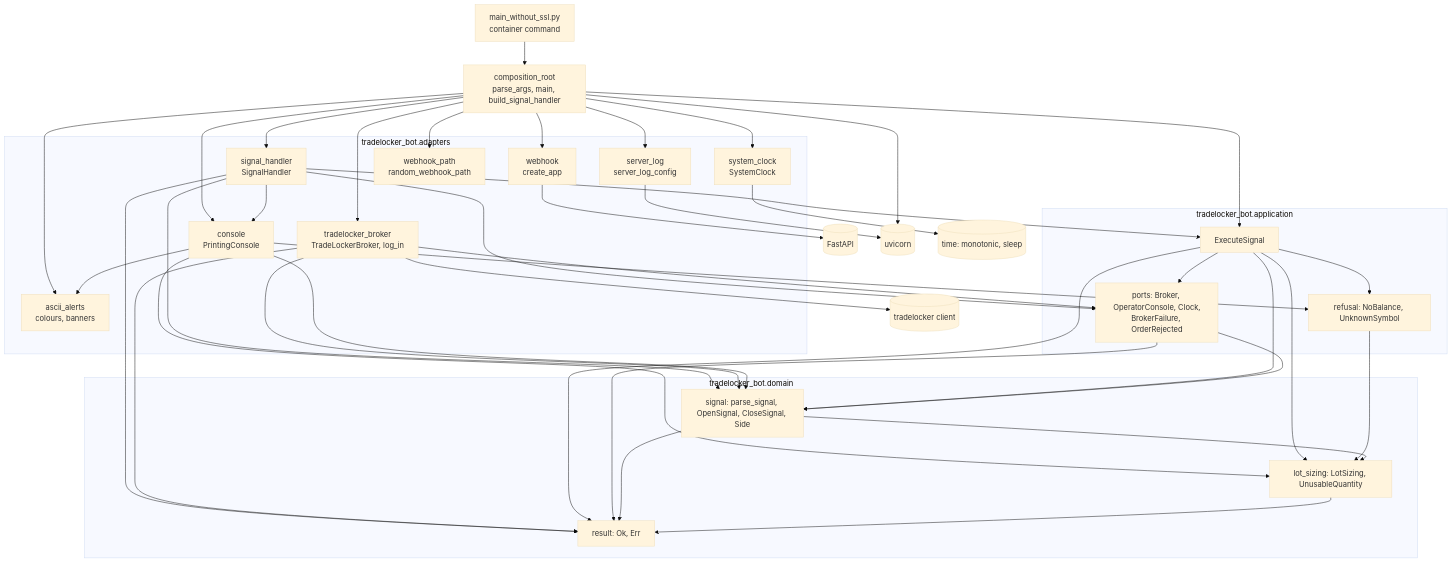
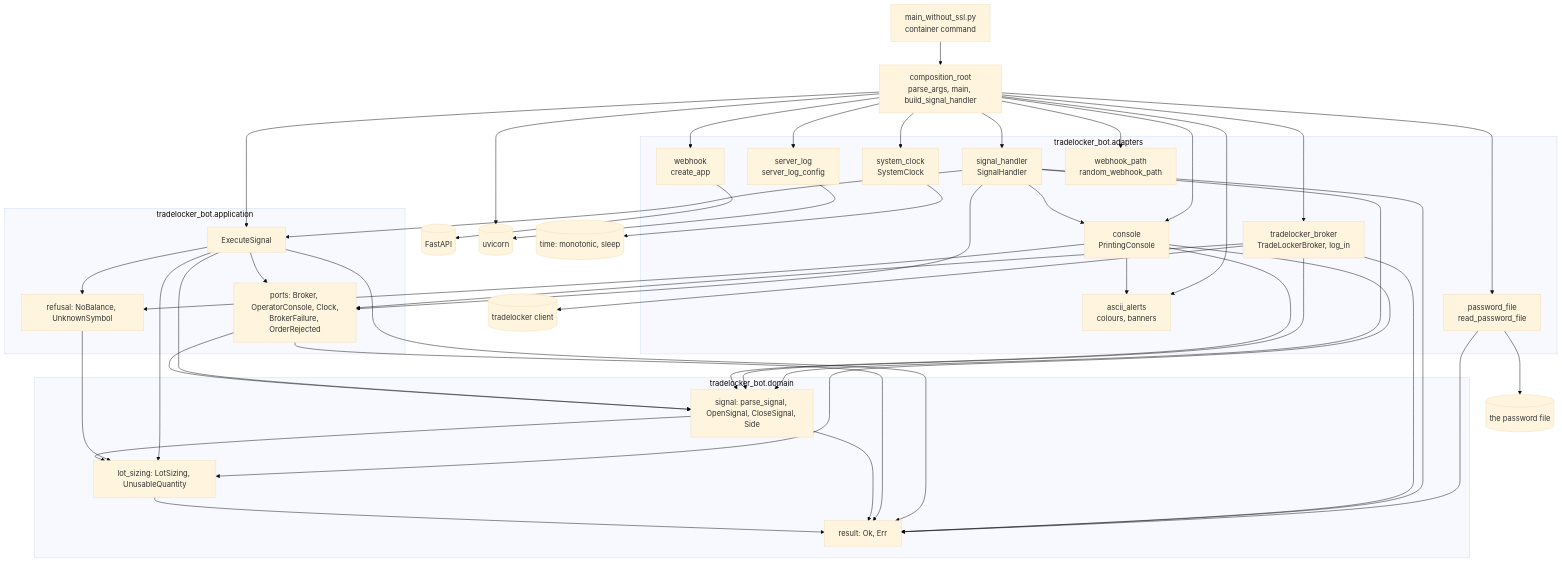
The first of 6 diagrams in docs/architecture.md (Akinzou/TradeLockerBot), drawn with Mermaid (base theme) before and after one commit. The commit also changed other lines of this file and 1 other file, not shown here.

First line of the commit message:
docs: the password_file adapter in architecture.md; Docker's docs for --mount and the secret mode

````diff
--- a/docs/architecture.md
+++ b/docs/architecture.md
@@ -35,40 +35,43 @@
 ```mermaid
 flowchart TB
     EP[main_without_ssl.py<br/>container command]
     CR[composition_root<br/>parse_args, main, build_signal_handler]
     subgraph adapters [tradelocker_bot.adapters]
         WH[webhook<br/>create_app]
         SL[server_log<br/>server_log_config]
         SH[signal_handler<br/>SignalHandler]
         TLB[tradelocker_broker<br/>TradeLockerBroker, log_in]
         PC[console<br/>PrintingConsole]
         SC[system_clock<br/>SystemClock]
         AA[ascii_alerts<br/>colours, banners]
         WP[webhook_path<br/>random_webhook_path]
+        PF[password_file<br/>read_password_file]
     end
     subgraph application [tradelocker_bot.application]
         ES[ExecuteSignal]
         PORTS[ports: Broker, OperatorConsole, Clock,<br/>BrokerFailure, OrderRejected]
         REF[refusal: NoBalance, UnknownSymbol]
     end
     subgraph domain [tradelocker_bot.domain]
         SIG[signal: parse_signal, OpenSignal, CloseSignal, Side]
         LS[lot_sizing: LotSizing, UnusableQuantity]
         RES[result: Ok, Err]
     end
     EP --> CR
-    CR --> WH & SL & SH & TLB & PC & SC & AA & WP & ES
+    CR --> WH & SL & SH & TLB & PC & SC & AA & WP & PF & ES
+    PF --> RES
     SH --> PC & ES & PORTS & RES & SIG
     TLB --> PORTS & RES & SIG
     PC --> AA & REF & LS & SIG
     ES --> PORTS & REF & LS & RES & SIG
     PORTS --> RES & SIG
     REF --> LS
     SIG --> LS & RES
     LS --> RES
     WH --> FASTAPI[(FastAPI)]
     CR --> UVICORN[(uvicorn)]
     SL --> UVICORN
     TLB --> CLIENT[(tradelocker client)]
     SC --> TIME[(time: monotonic, sleep)]
+    PF --> FILE[(the password file)]
 ```
````
